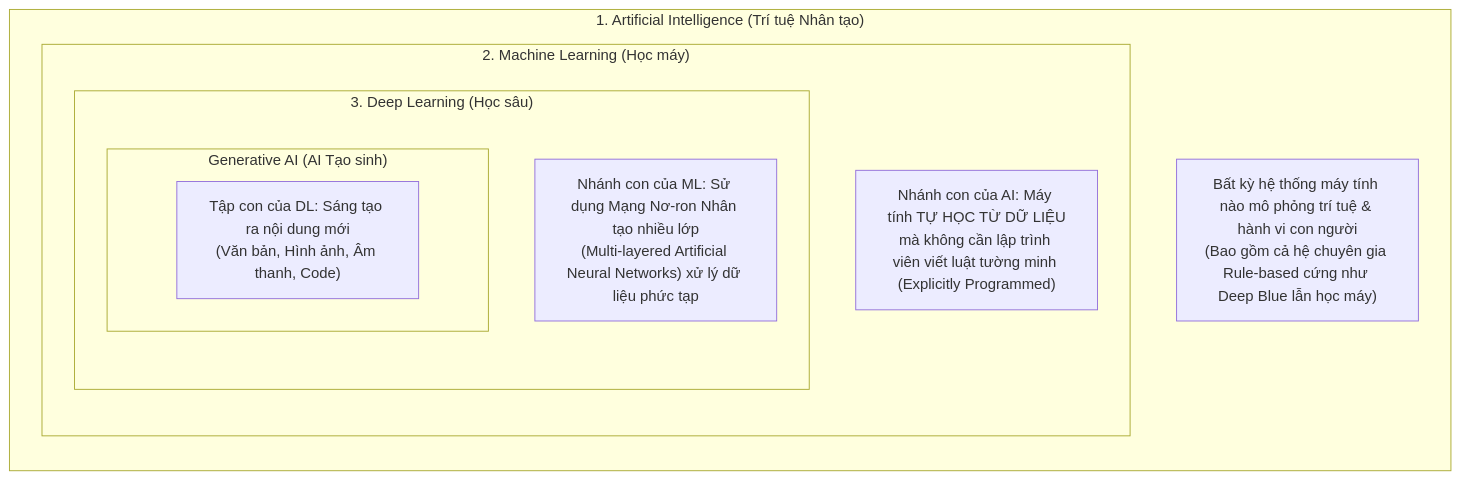
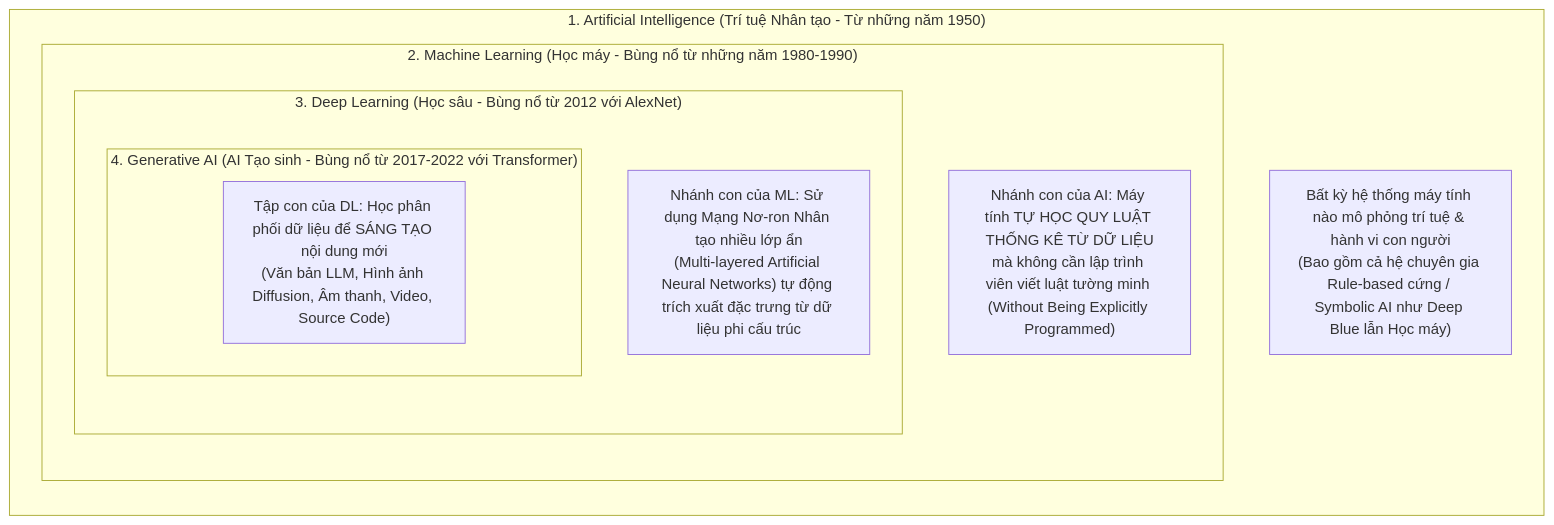
The first of 6 diagrams in Module_02_AIML_Fundamentals.md (nxthanh2904/nca-genl), drawn with Mermaid before and after one commit. The commit also changed other lines of this file and 11 other files, not shown here.

````diff
--- a/Module_02_AIML_Fundamentals.md
+++ b/Module_02_AIML_Fundamentals.md
@@ -26,21 +28,21 @@
 ```mermaid
 flowchart TD
-    subgraph AI["1. Artificial Intelligence (Trí tuệ Nhân tạo)"]
+    subgraph AI["1. Artificial Intelligence (Trí tuệ Nhân tạo - Từ những năm 1950)"]
         direction TB
-        DescAI["Bất kỳ hệ thống máy tính nào mô phỏng trí tuệ & hành vi con người<br/>(Bao gồm cả hệ chuyên gia Rule-based cứng như Deep Blue lẫn học máy)"]
+        DescAI["Bất kỳ hệ thống máy tính nào mô phỏng trí tuệ & hành vi con người<br/>(Bao gồm cả hệ chuyên gia Rule-based cứng / Symbolic AI như Deep Blue lẫn Học máy)"]
         
-        subgraph ML["2. Machine Learning (Học máy)"]
+        subgraph ML["2. Machine Learning (Học máy - Bùng nổ từ những năm 1980-1990)"]
             direction TB
-            DescML["Nhánh con của AI: Máy tính TỰ HỌC TỪ DỮ LIỆU<br/>mà không cần lập trình viên viết luật tường minh (Explicitly Programmed)"]
+            DescML["Nhánh con của AI: Máy tính TỰ HỌC QUY LUẬT THỐNG KÊ TỪ DỮ LIỆU<br/>mà không cần lập trình viên viết luật tường minh (Without Being Explicitly Programmed)"]
             
-            subgraph DL["3. Deep Learning (Học sâu)"]
+            subgraph DL["3. Deep Learning (Học sâu - Bùng nổ từ 2012 với AlexNet)"]
                 direction TB
-                DescDL["Nhánh con của ML: Sử dụng Mạng Nơ-ron Nhân tạo nhiều lớp<br/>(Multi-layered Artificial Neural Networks) xử lý dữ liệu phức tạp"]
+                DescDL["Nhánh con của ML: Sử dụng Mạng Nơ-ron Nhân tạo nhiều lớp ẩn<br/>(Multi-layered Artificial Neural Networks) tự động trích xuất đặc trưng từ dữ liệu phi cấu trúc"]
                 
-                subgraph GenAI["Generative AI (AI Tạo sinh)"]
-                    DescGen["Tập con của DL: Sáng tạo ra nội dung mới<br/>(Văn bản, Hình ảnh, Âm thanh, Code)"]
+                subgraph GenAI["4. Generative AI (AI Tạo sinh - Bùng nổ từ 2017-2022 với Transformer)"]
+                    DescGen["Tập con của DL: Học phân phối dữ liệu để SÁNG TẠO nội dung mới<br/>(Văn bản LLM, Hình ảnh Diffusion, Âm thanh, Video, Source Code)"]
                 end
             end
         end
     end
 ```
````
